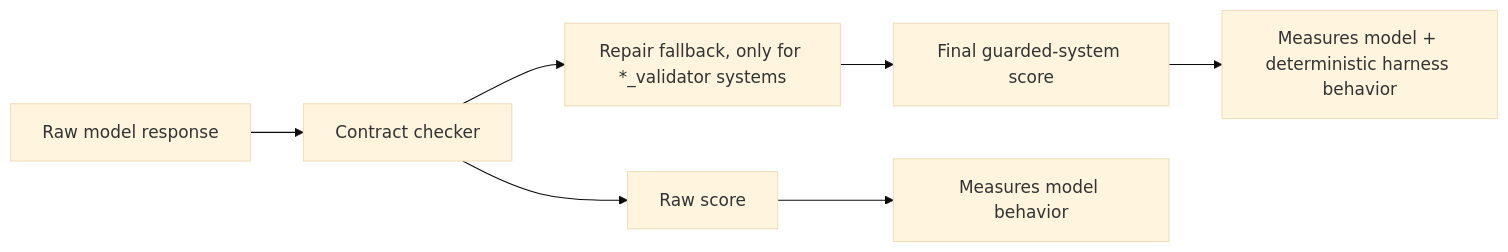
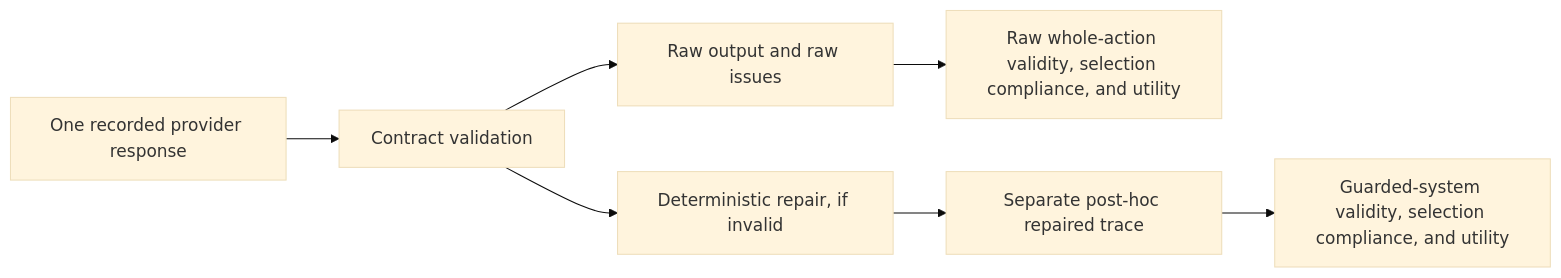
One commit to danhussey/specguard_chem_v2 changed the diagram in docs/LLM_FAILURE_MODES.md. Above: the diagram before and after it, drawn with Mermaid (base theme). The commit also changed other lines of this file and 414 other files, not shown here.

````diff
--- a/docs/LLM_FAILURE_MODES.md
+++ b/docs/LLM_FAILURE_MODES.md
@@ -63,10 +74,9 @@
 ```mermaid
 flowchart LR
-    A["Raw model response"] --> B["Contract checker"]
-    B --> C["Raw score"]
-    B --> D["Repair fallback, only for *_validator systems"]
-    D --> E["Final guarded-system score"]
-
-    C --> F["Measures model behavior"]
-    E --> G["Measures model + deterministic harness behavior"]
+    A["One recorded provider response"] --> B["Contract validation"]
+    B --> C["Raw output and raw issues"]
+    C --> D["Raw whole-action validity, selection compliance, and utility"]
+    B --> E["Deterministic repair, if invalid"]
+    E --> F["Separate post-hoc repaired trace"]
+    F --> G["Guarded-system validity, selection compliance, and utility"]
 ```
````
